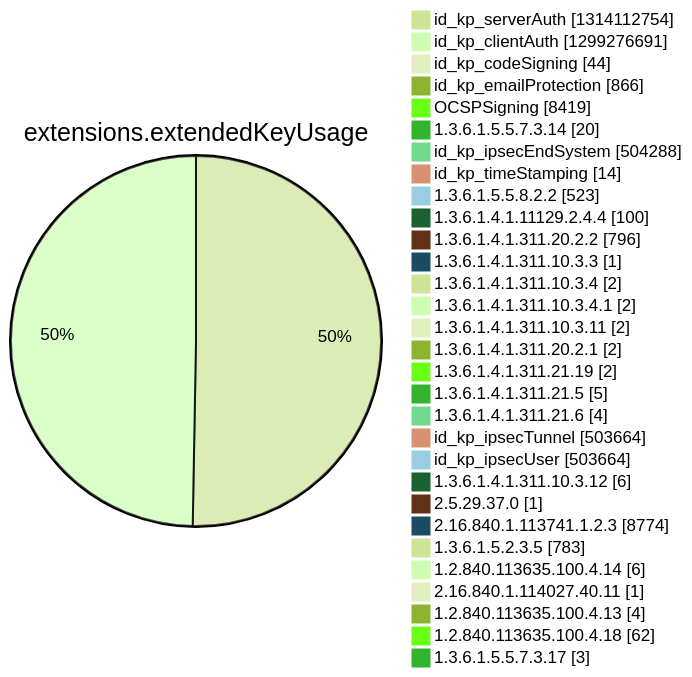
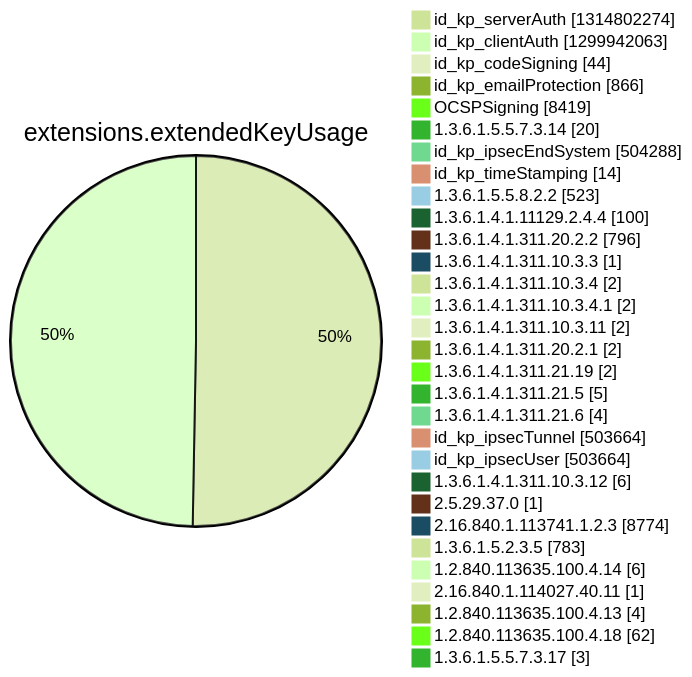
Diagram 12 of 15 in argon2022/README.md (christiankrug/ctmonitor_visualization), drawn with Mermaid (forest theme) before and after one commit. The commit also changed other lines of this file, not shown here.

````diff
--- a/argon2022/README.md
+++ b/argon2022/README.md
@@ -3552,34 +3552,34 @@
 ```mermaid
 pie showData
 title extensions.extendedKeyUsage
-"id_kp_serverAuth" :1314112754
-"id_kp_clientAuth" :1299276691
+"id_kp_serverAuth" :1314802274
+"id_kp_clientAuth" :1299942063
 "id_kp_codeSigning" :44
 "id_kp_emailProtection" :866
 "OCSPSigning" :8419
 "1.3.6.1.5.5.7.3.14" :20
 "id_kp_ipsecEndSystem" :504288
 "id_kp_timeStamping" :14
 "1.3.6.1.5.5.8.2.2" :523
 "1.3.6.1.4.1.11129.2.4.4" :100
 "1.3.6.1.4.1.311.20.2.2" :796
 "1.3.6.1.4.1.311.10.3.3" :1
 "1.3.6.1.4.1.311.10.3.4" :2
 "1.3.6.1.4.1.311.10.3.4.1" :2
 "1.3.6.1.4.1.311.10.3.11" :2
 "1.3.6.1.4.1.311.20.2.1" :2
 "1.3.6.1.4.1.311.21.19" :2
 "1.3.6.1.4.1.311.21.5" :5
 "1.3.6.1.4.1.311.21.6" :4
 "id_kp_ipsecTunnel" :503664
 "id_kp_ipsecUser" :503664
 "1.3.6.1.4.1.311.10.3.12" :6
 "2.5.29.37.0" :1
 "2.16.840.1.113741.1.2.3" :8774
 "1.3.6.1.5.2.3.5" :783
 "1.2.840.113635.100.4.14" :6
 "2.16.840.1.114027.40.11" :1
 "1.2.840.113635.100.4.13" :4
 "1.2.840.113635.100.4.18" :62
 "1.3.6.1.5.5.7.3.17" :3
 ```
````
